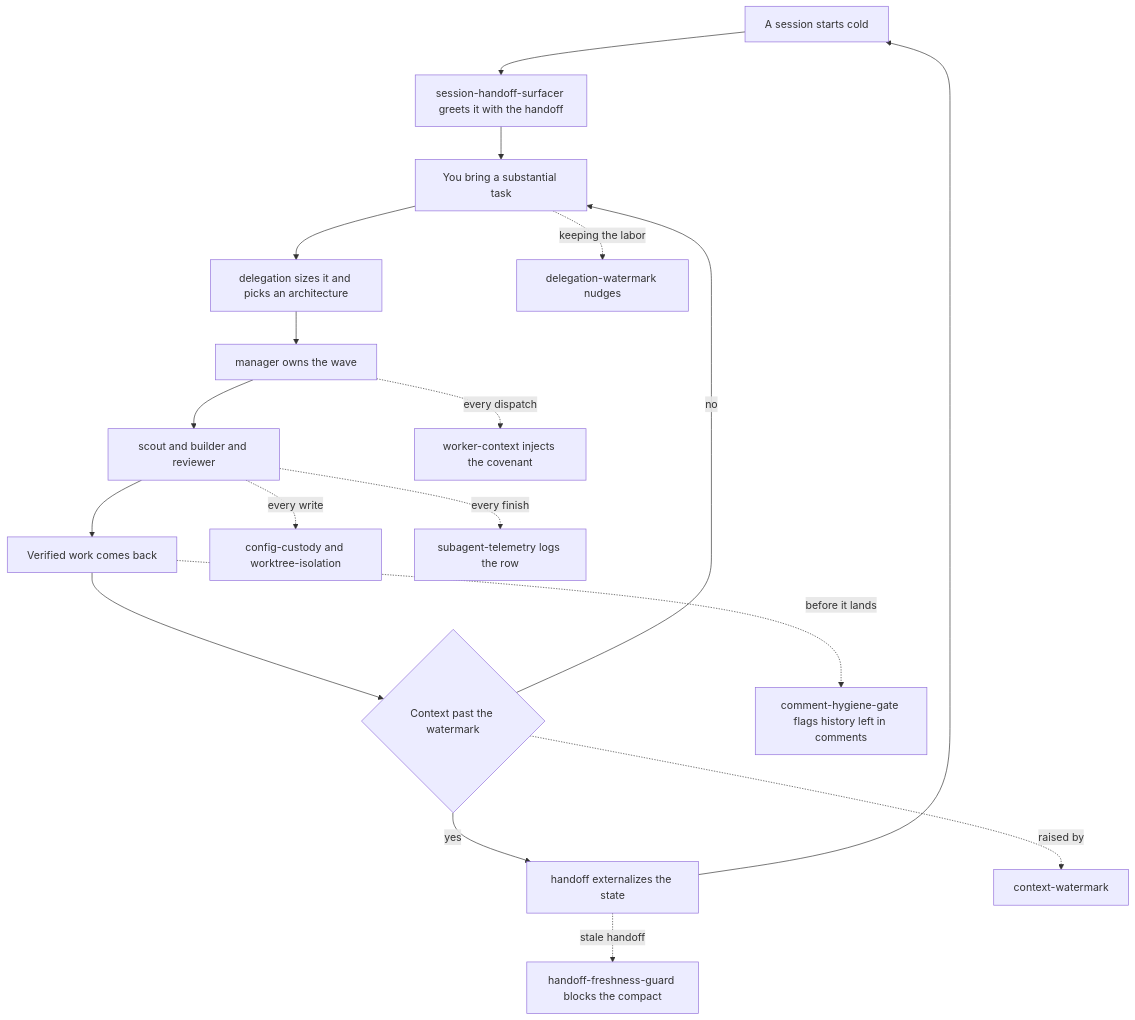
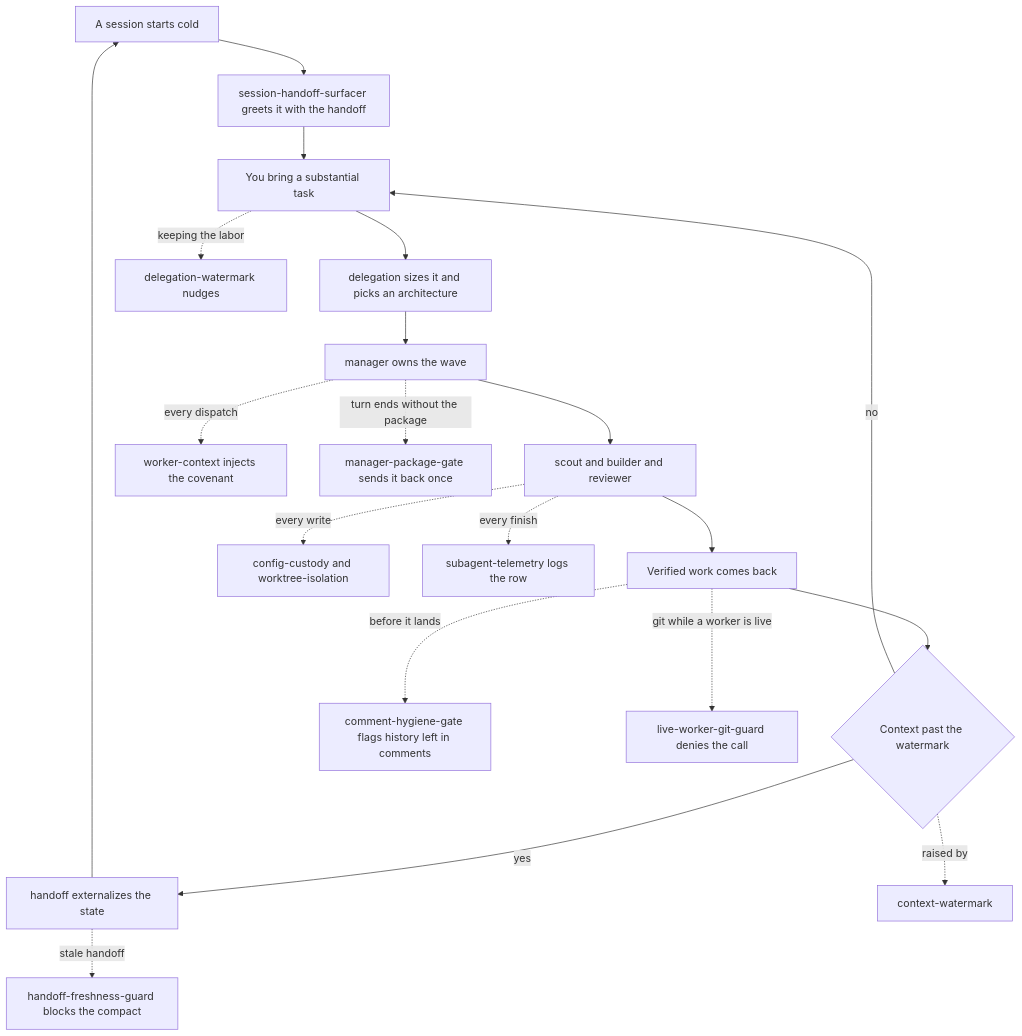
Before and after one commit to hsb3/dotfiles-agents: the diagram in plugins/atelier/README.md, drawn with Mermaid. The commit also changed other lines of this file and 24 other files, not shown here.

````diff
--- a/plugins/atelier/README.md
+++ b/plugins/atelier/README.md
@@ -16,21 +16,23 @@
 ```mermaid
 flowchart TD
     Cold[A session starts cold] --> Surf[session-handoff-surfacer greets it with the handoff]
     Surf --> Work[You bring a substantial task]
     Work --> Del[delegation sizes it and picks an architecture]
     Del --> Mgr[manager owns the wave]
     Mgr --> Workers[scout and builder and reviewer]
     Workers --> Done[Verified work comes back]
     Done --> Ctx{Context past the watermark}
     Ctx -->|no| Work
     Ctx -->|yes| Hand[handoff externalizes the state]
     Hand --> Cold
 
     Done -.->|before it lands| CH[comment-hygiene-gate flags history left in comments]
     Work -.->|keeping the labor| DW[delegation-watermark nudges]
     Mgr -.->|every dispatch| WC[worker-context injects the covenant]
     Workers -.->|every write| CC[config-custody and worktree-isolation]
     Workers -.->|every finish| Tel[subagent-telemetry logs the row]
+    Mgr -.->|turn ends without the package| PG[manager-package-gate sends it back once]
+    Done -.->|git while a worker is live| GG[live-worker-git-guard denies the call]
     Ctx -.->|raised by| CW[context-watermark]
     Hand -.->|stale handoff| FG[handoff-freshness-guard blocks the compact]
 ```
````
